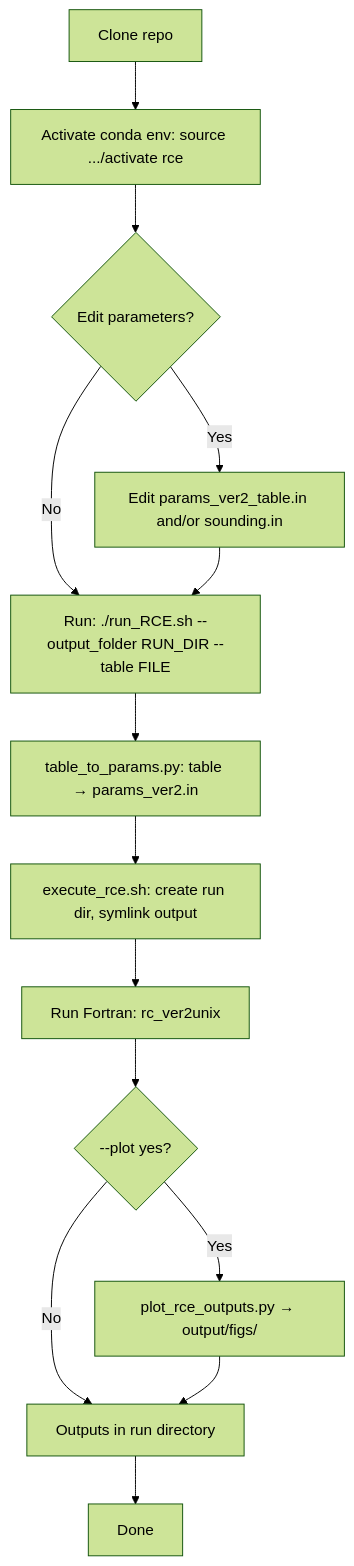
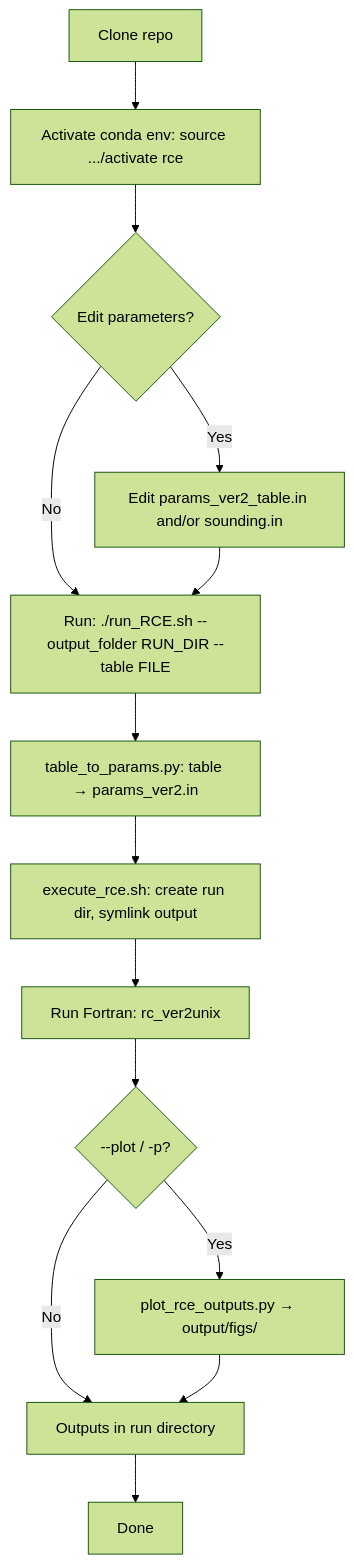
Before and after one commit to ankurk017/RCE_1D_Emanuel: the diagram in docs/WORKFLOW.md, drawn with Mermaid (forest theme).

Commit message:
Update WORKFLOW.md to clarify plot option syntax in flowchart

````diff
--- a/docs/WORKFLOW.md
+++ b/docs/WORKFLOW.md
@@ -5,16 +5,16 @@
 ```mermaid
 flowchart TD
     A[Clone repo] --> B[Activate conda env: source .../activate rce]
     B --> C{Edit parameters?}
     C -->|Yes| D[Edit params_ver2_table.in and/or sounding.in]
     C -->|No| E[Run: ./run_RCE.sh --output_folder RUN_DIR --table FILE]
     D --> E
     E --> F[table_to_params.py: table → params_ver2.in]
     F --> G["execute_rce.sh: create run dir, symlink output"]
     G --> H["Run Fortran: rc_ver2unix"]
-    H --> I{--plot yes?}
+    H --> I{--plot / -p?}
     I -->|Yes| J[plot_rce_outputs.py → output/figs/]
     I -->|No| K[Outputs in run directory]
     J --> K
     K --> L[Done]
 ```
````
